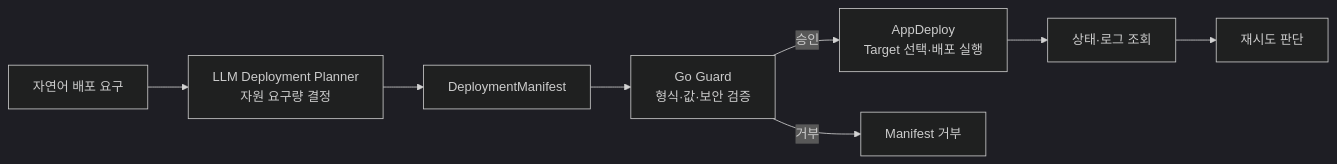
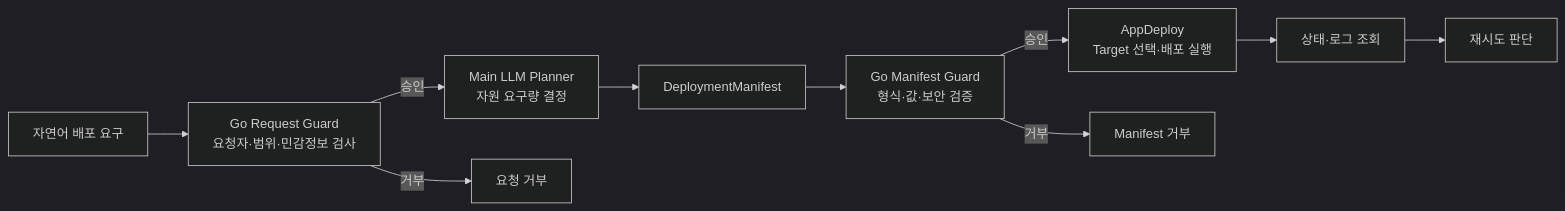
The diagram in docs/design/main_llm_go_guard_control_flow.md (cloud-barista/ai-ops), drawn with Mermaid (dark theme) before and after one commit. The commit also changed other lines of this file and 26 other files, not shown here.

Commit message:
Add dual Go Guard planner validation

````diff
--- a/docs/design/main_llm_go_guard_control_flow.md
+++ b/docs/design/main_llm_go_guard_control_flow.md
@@ -11,14 +11,17 @@
 ```mermaid
 flowchart LR
     U["자연어 배포 요구"]
-    P["LLM Deployment Planner<br/>자원 요구량 결정"]
+    RG["Go Request Guard<br/>요청자·범위·민감정보 검사"]
+    P["Main LLM Planner<br/>자원 요구량 결정"]
     M["DeploymentManifest"]
-    G["Go Guard<br/>형식·값·보안 검증"]
+    MG["Go Manifest Guard<br/>형식·값·보안 검증"]
     D["AppDeploy<br/>Target 선택·배포 실행"]
     S["상태·로그 조회"]
     R["재시도 판단"]
 
-    U --> P --> M --> G
-    G -->|승인| D --> S --> R
-    G -->|거부| X["Manifest 거부"]
+    U --> RG
+    RG -->|승인| P --> M --> MG
+    RG -->|거부| RX["요청 거부"]
+    MG -->|승인| D --> S --> R
+    MG -->|거부| MX["Manifest 거부"]
 ```
````
